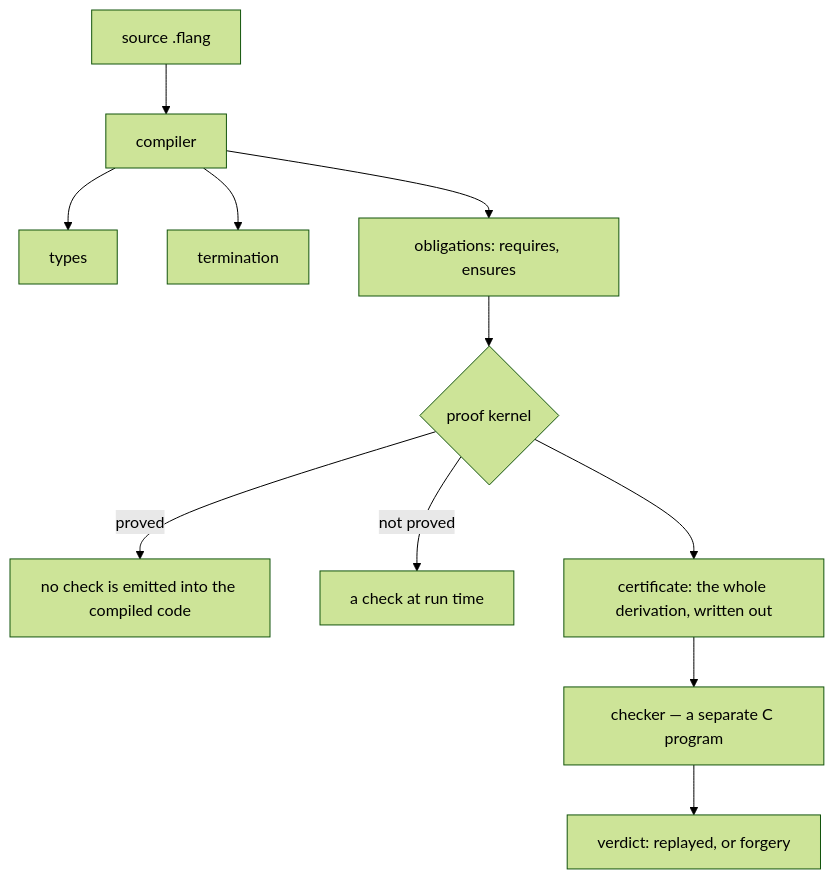
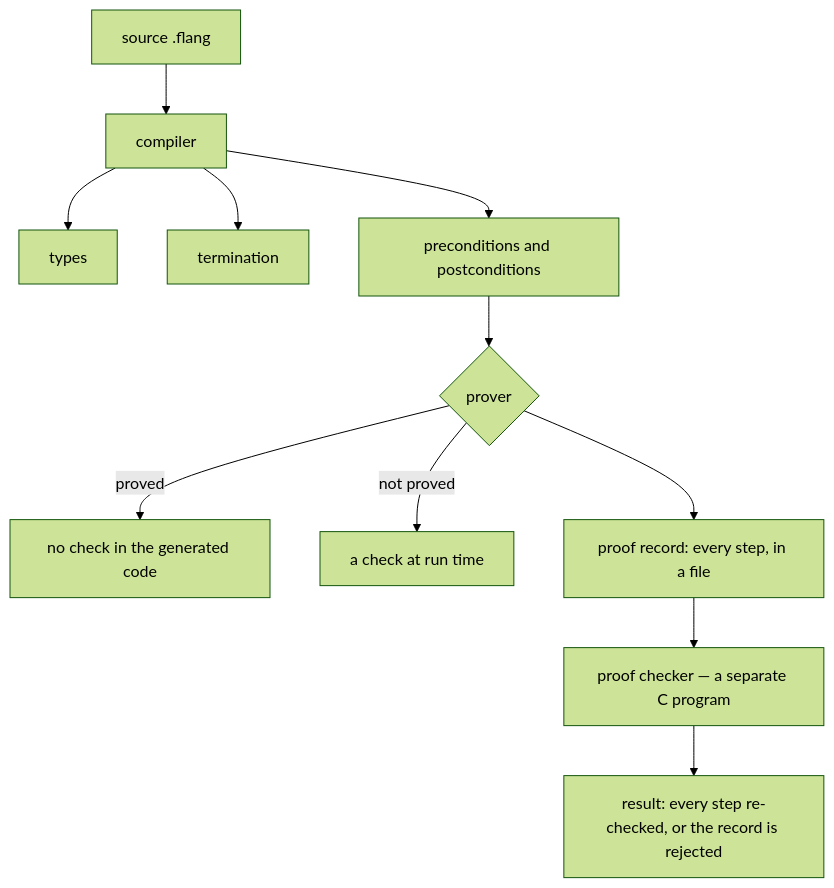
Before and after one commit to MyWWWChat/flang: the first of 2 diagrams in docs/site/how-proofs-work.md, drawn with Mermaid (forest theme). The commit also changed other lines of this file and 5 other files, not shown here.

````diff
--- a/docs/site/how-proofs-work.md
+++ b/docs/site/how-proofs-work.md
@@ -21,16 +31,16 @@
-```mermaid From source to verdict
+```mermaid From source to result
 flowchart TD
   A[source .flang] --> B[compiler]
   B --> C[types]
   B --> D[termination]
-  B --> E[obligations: requires, ensures]
-  E --> F{proof kernel}
-  F -->|proved| G[no check is emitted into the compiled code]
+  B --> E[preconditions and postconditions]
+  E --> F{prover}
+  F -->|proved| G[no check in the generated code]
   F -->|not proved| H[a check at run time]
-  F --> I[certificate: the whole derivation, written out]
-  I --> J[checker — a separate C program]
-  J --> K[verdict: replayed, or forgery]
+  F --> I[proof record: every step, in a file]
+  I --> J[proof checker — a separate C program]
+  J --> K[result: every step re-checked, or the record is rejected]
   class F glavnoe
   class G vyvod
   class H otkaz
 ```
````
